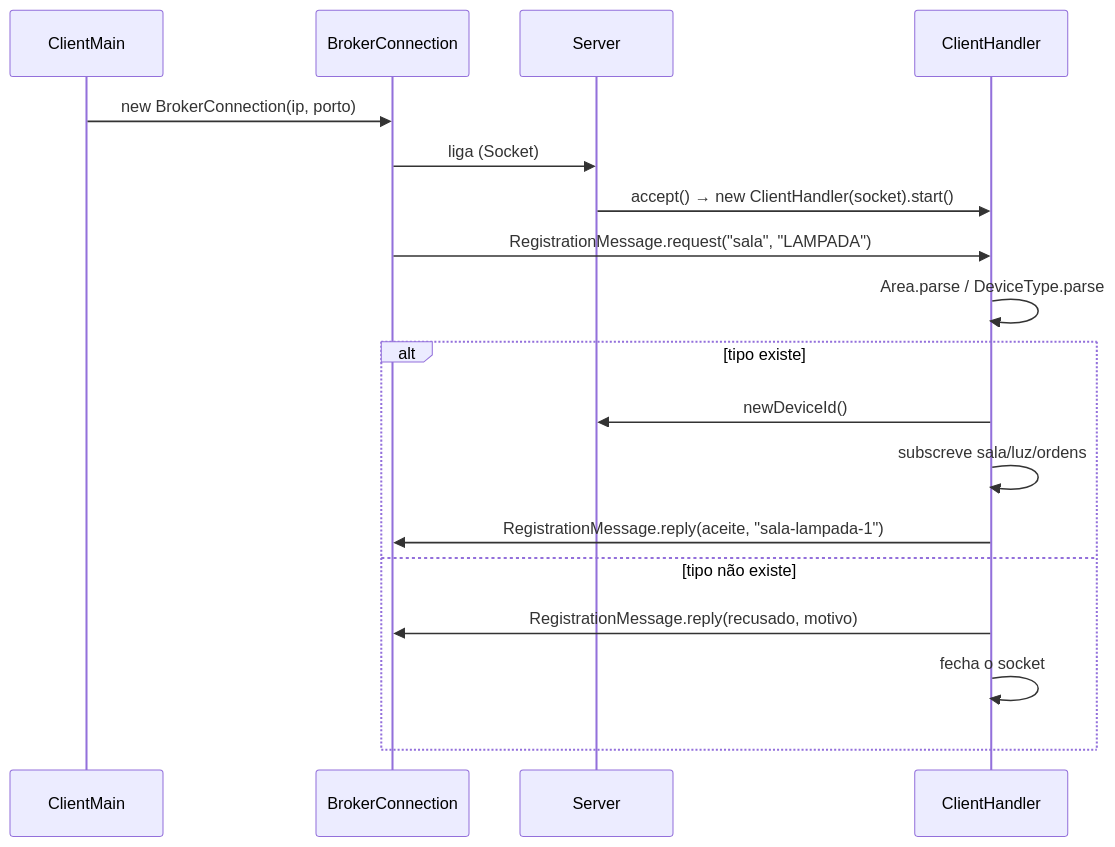
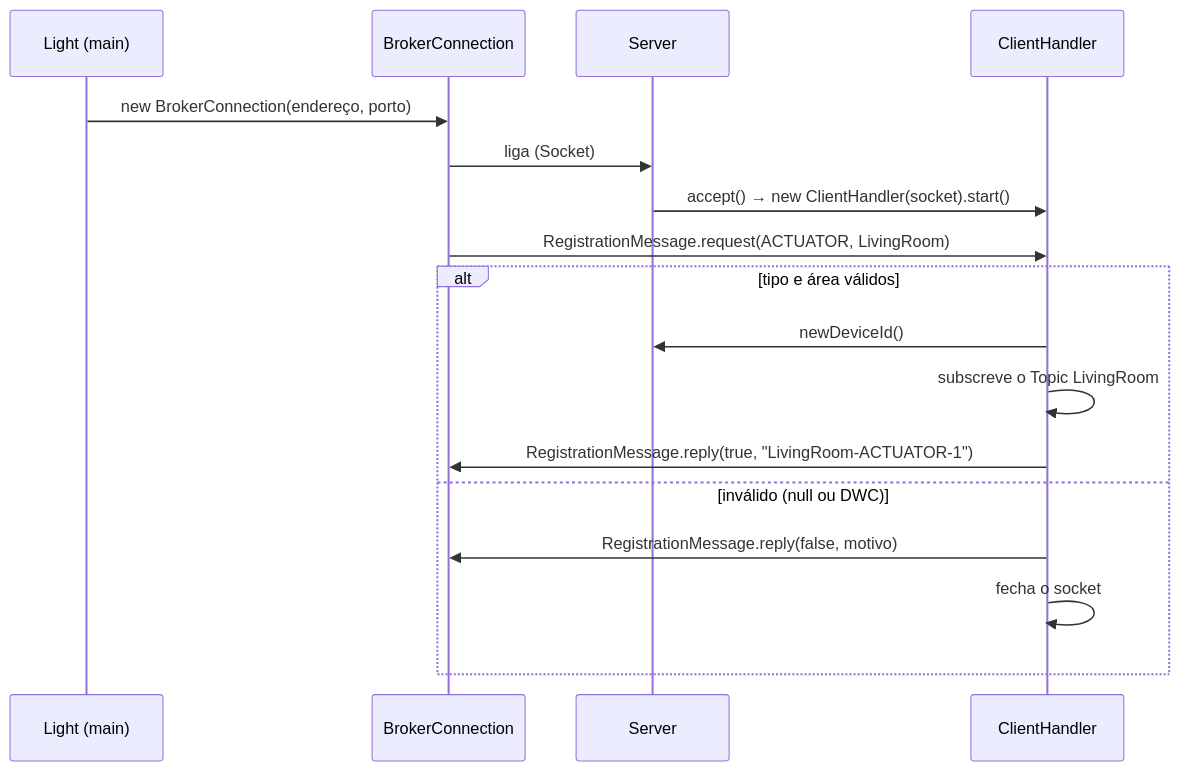
The fourth of 4 diagrams in docs/02-arquitetura.md (FredsonMu/IscoT-pcd), drawn with Mermaid before and after one commit. The commit also changed other lines of this file and 65 other files, not shown here.

````diff
--- a/docs/02-arquitetura.md
+++ b/docs/02-arquitetura.md
@@ -115,20 +143,19 @@
 ```mermaid
 sequenceDiagram
-  participant C as ClientMain
+  participant C as Light (main)
   participant B as BrokerConnection
   participant S as Server
   participant H as ClientHandler
-  C->>B: new BrokerConnection(ip, porto)
+  C->>B: new BrokerConnection(endereço, porto)
   B->>S: liga (Socket)
   S->>H: accept() → new ClientHandler(socket).start()
-  B->>H: RegistrationMessage.request("sala", "LAMPADA")
-  H->>H: Area.parse / DeviceType.parse
-  alt tipo existe
+  B->>H: RegistrationMessage.request(ACTUATOR, LivingRoom)
+  alt tipo e área válidos
     H->>S: newDeviceId()
-    H->>H: subscreve sala/luz/ordens
-    H->>B: RegistrationMessage.reply(aceite, "sala-lampada-1")
-  else tipo não existe
-    H->>B: RegistrationMessage.reply(recusado, motivo)
+    H->>H: subscreve o Topic LivingRoom
+    H->>B: RegistrationMessage.reply(true, "LivingRoom-ACTUATOR-1")
+  else inválido (null ou DWC)
+    H->>B: RegistrationMessage.reply(false, motivo)
     H->>H: fecha o socket
   end
 ```
````
